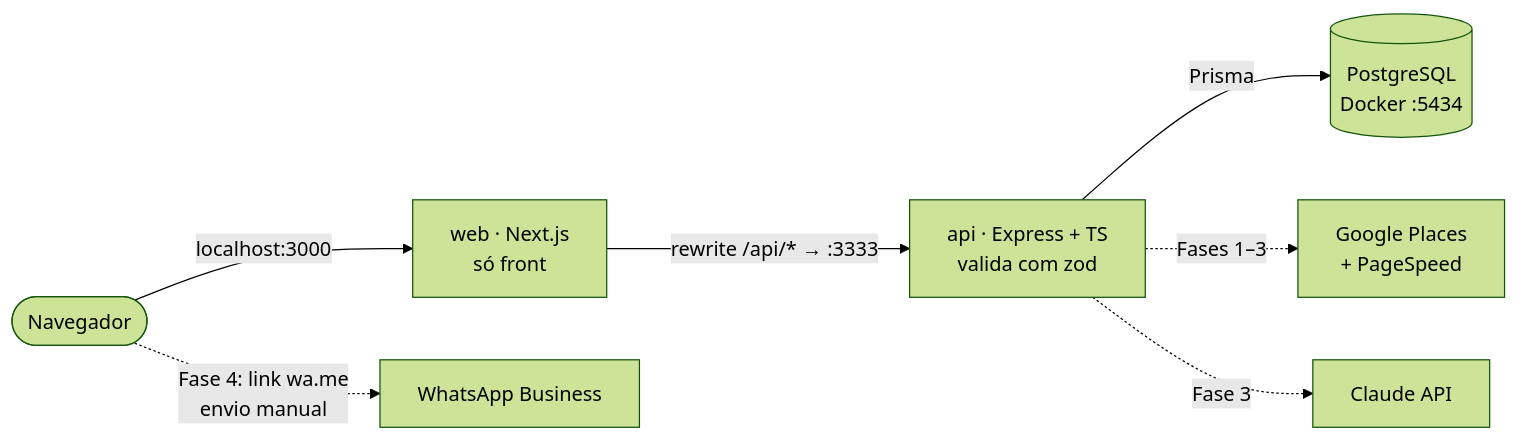
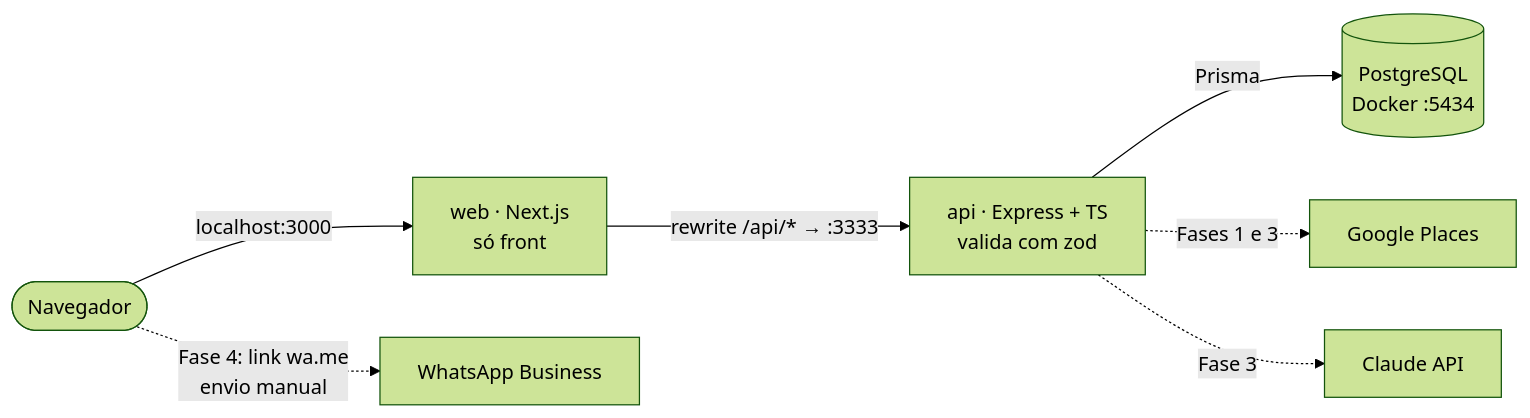
The diagram in README.md (Sabrina-vlobo/prospector-lobae), drawn with Mermaid (forest theme) before and after one commit. The commit also changed other lines of this file, not shown here.

Commit message:
docs: Fase 2 no README e PageSpeed fora do escopo

````diff
--- a/README.md
+++ b/README.md
@@ -27,9 +27,9 @@
 ```mermaid
 flowchart LR
   U([Navegador]) -->|localhost:3000| W["web · Next.js<br/>só front"]
   W -->|"rewrite /api/* → :3333"| A["api · Express + TS<br/>valida com zod"]
   A -->|Prisma| DB[("PostgreSQL<br/>Docker :5434")]
-  A -.->|Fases 1–3| G["Google Places<br/>+ PageSpeed"]
+  A -.->|Fases 1 e 3| G["Google Places"]
   A -.->|Fase 3| C["Claude API"]
   U -.->|"Fase 4: link wa.me<br/>envio manual"| WA["WhatsApp Business"]
 ```
````
